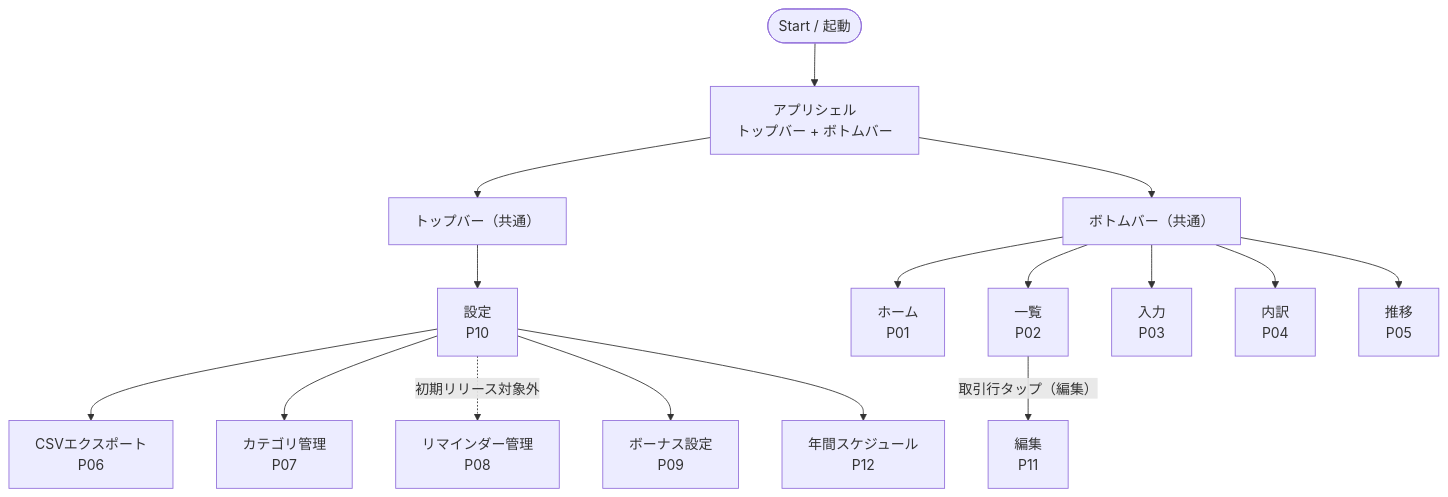
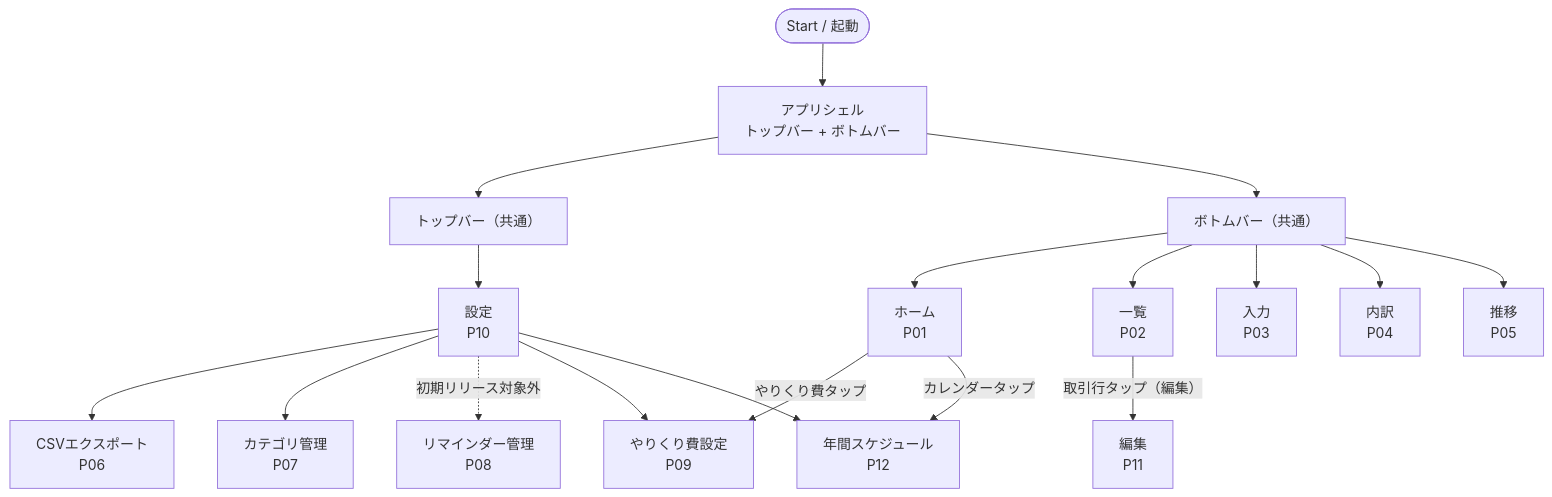
The diagram in docs/03_画面遷移.md (shinji1095/kakeibo), drawn with Mermaid before and after one commit. The commit also changed 46 other files, not shown here.

````diff
--- a/docs/03_画面遷移.md
+++ b/docs/03_画面遷移.md
@@ -1,29 +1,31 @@
 ```mermaid
 flowchart TD
   Start([Start / 起動]) --> Shell[アプリシェル<br/>トップバー + ボトムバー]
 
   %% Startから両バーへアクセス可能
   Shell --> Top[トップバー（共通）]
   Shell --> Bottom[ボトムバー（共通）]
 
   %% 01_画面リスト.csv: アクセス=ボトムバー
   Bottom --> P01[ホーム<br/>P01]
   Bottom --> P02[一覧<br/>P02]
   Bottom --> P03[入力<br/>P03]
   Bottom --> P04[内訳<br/>P04]
   Bottom --> P05[推移<br/>P05]
+  P01 -->|やりくり費タップ| P09[やりくり費設定<br/>P09]
+  P01 -->|カレンダータップ| P12[年間スケジュール<br/>P12]
 
   %% 01_画面リスト.csv: アクセス=設定内
   P10 --> P06[CSVエクスポート<br/>P06]
   P10 --> P07[カテゴリ管理<br/>P07]
   P10 -. 初期リリース対象外 .-> P08[リマインダー管理<br/>P08]
-  P10 --> P09[ボーナス設定<br/>P09]
+  P10 --> P09[やりくり費設定<br/>P09]
   P10 --> P12[年間スケジュール<br/>P12]
 
   %% 編集画面（新規）
   P02 -->|取引行タップ（編集）| P11[編集<br/>P11]
 
   %% 任意: トップバーの共通アクション
   Top --> P10[設定<br/>P10]
 
 ```
````
